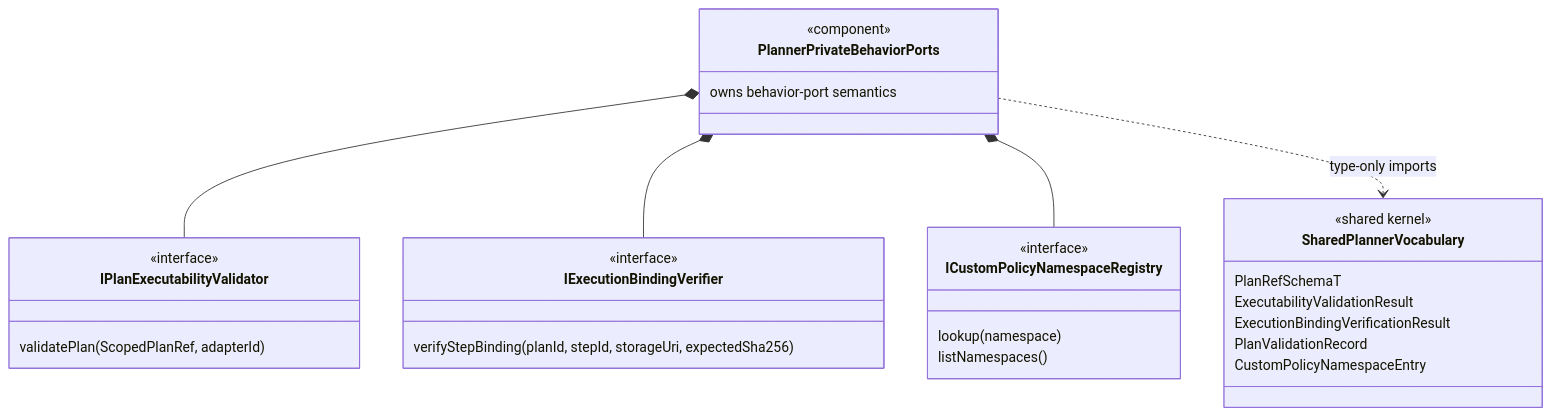
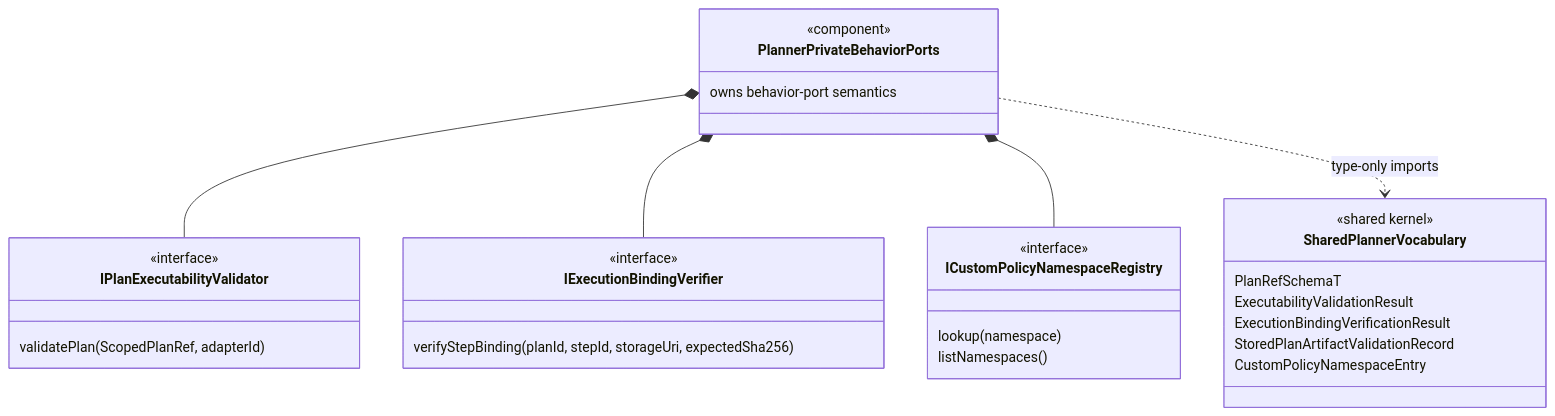
The first of 4 diagrams in docs/architecture/components/planner/planner-private-behavior-ports-component.md (dunay2/dvt), drawn with Mermaid before and after one commit. The commit also changed 19 other files, not shown here.

````diff
--- a/docs/architecture/components/planner/planner-private-behavior-ports-component.md
+++ b/docs/architecture/components/planner/planner-private-behavior-ports-component.md
@@ -44,37 +44,37 @@
 ```mermaid
 classDiagram
   class PlannerPrivateBehaviorPorts {
     <<component>>
     owns behavior-port semantics
   }
 
   class IPlanExecutabilityValidator {
     <<interface>>
     validatePlan(ScopedPlanRef, adapterId)
   }
 
   class IExecutionBindingVerifier {
     <<interface>>
     verifyStepBinding(planId, stepId, storageUri, expectedSha256)
   }
 
   class ICustomPolicyNamespaceRegistry {
     <<interface>>
     lookup(namespace)
     listNamespaces()
   }
 
   class SharedPlannerVocabulary {
     <<shared kernel>>
     PlanRefSchemaT
     ExecutabilityValidationResult
     ExecutionBindingVerificationResult
-    PlanValidationRecord
+    StoredPlanArtifactValidationRecord
     CustomPolicyNamespaceEntry
   }
 
   PlannerPrivateBehaviorPorts *-- IPlanExecutabilityValidator
   PlannerPrivateBehaviorPorts *-- IExecutionBindingVerifier
   PlannerPrivateBehaviorPorts *-- ICustomPolicyNamespaceRegistry
   PlannerPrivateBehaviorPorts ..> SharedPlannerVocabulary : type-only imports
 ```
````
